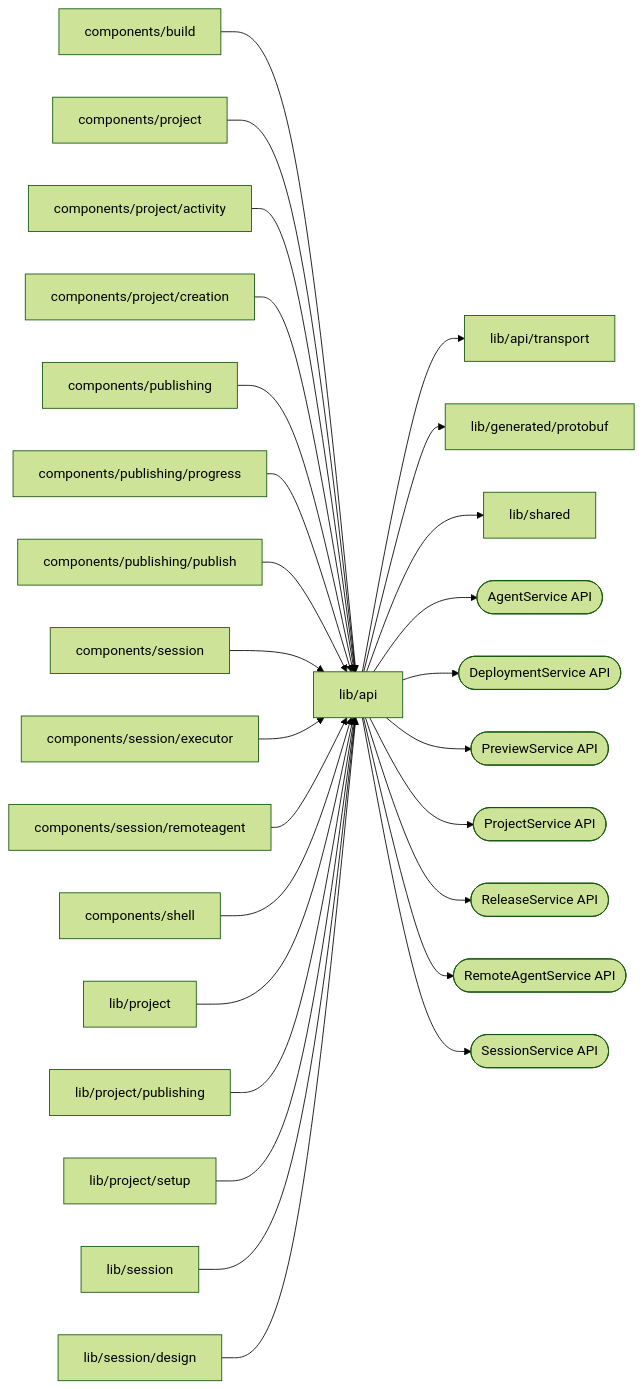
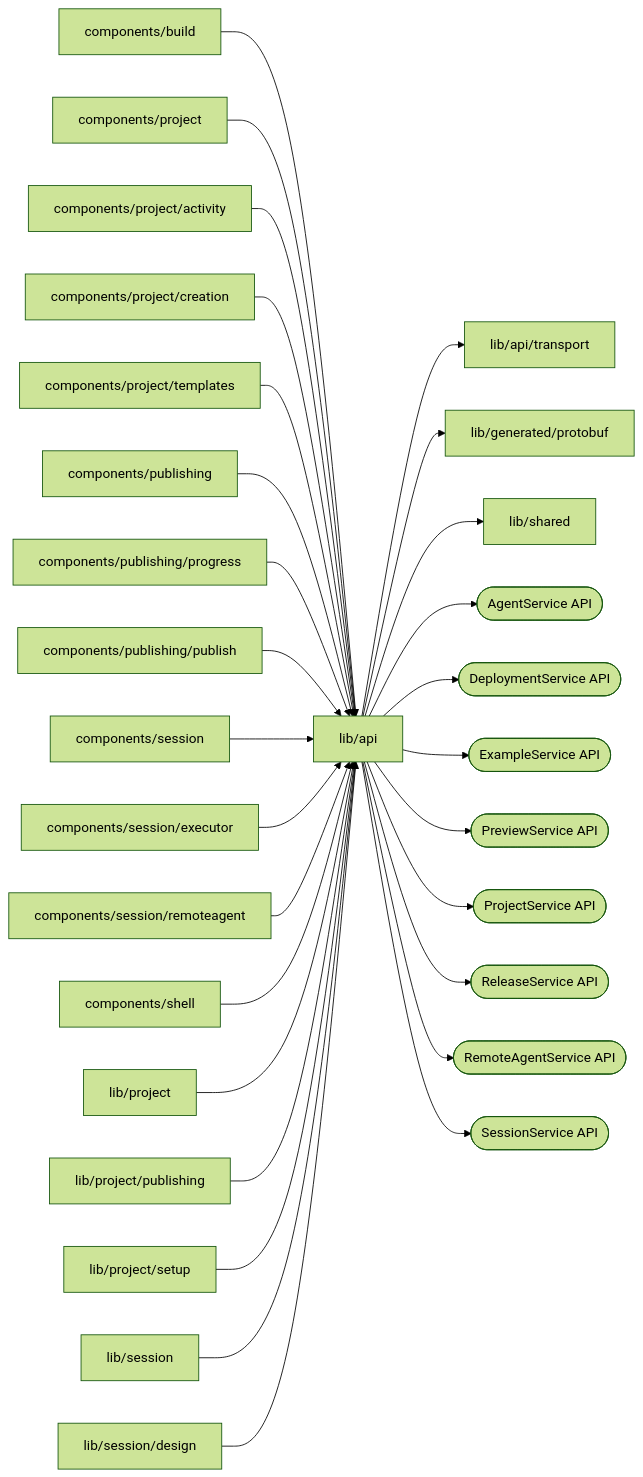
One commit to superdurable/superverse changed the diagram in web/studio/lib/api/README.md. Above: the diagram before and after it, drawn with Mermaid (forest theme). The commit also changed other lines of this file and 167 other files, not shown here.

First line of the commit message:
EXAMPLES: Start a Project from an embedded, tested example

````diff
--- a/web/studio/lib/api/README.md
+++ b/web/studio/lib/api/README.md
@@ -10,30 +10,32 @@
 ```mermaid
 flowchart LR
   self["lib/api"]
   c0["components/build"] --> self
   c1["components/project"] --> self
   c2["components/project/activity"] --> self
   c3["components/project/creation"] --> self
-  c4["components/publishing"] --> self
-  c5["components/publishing/progress"] --> self
-  c6["components/publishing/publish"] --> self
-  c7["components/session"] --> self
-  c8["components/session/executor"] --> self
-  c9["components/session/remoteagent"] --> self
-  c10["components/shell"] --> self
-  c11["lib/project"] --> self
-  c12["lib/project/publishing"] --> self
-  c13["lib/project/setup"] --> self
-  c14["lib/session"] --> self
-  c15["lib/session/design"] --> self
+  c4["components/project/templates"] --> self
+  c5["components/publishing"] --> self
+  c6["components/publishing/progress"] --> self
+  c7["components/publishing/publish"] --> self
+  c8["components/session"] --> self
+  c9["components/session/executor"] --> self
+  c10["components/session/remoteagent"] --> self
+  c11["components/shell"] --> self
+  c12["lib/project"] --> self
+  c13["lib/project/publishing"] --> self
+  c14["lib/project/setup"] --> self
+  c15["lib/session"] --> self
+  c16["lib/session/design"] --> self
   self --> d0["lib/api/transport"]
   self --> d1["lib/generated/protobuf"]
   self --> d2["lib/shared"]
   self --> e0(["AgentService API"])
   self --> e1(["DeploymentService API"])
-  self --> e2(["PreviewService API"])
-  self --> e3(["ProjectService API"])
-  self --> e4(["ReleaseService API"])
-  self --> e5(["RemoteAgentService API"])
-  self --> e6(["SessionService API"])
+  self --> e2(["ExampleService API"])
+  self --> e3(["PreviewService API"])
+  self --> e4(["ProjectService API"])
+  self --> e5(["ReleaseService API"])
+  self --> e6(["RemoteAgentService API"])
+  self --> e7(["SessionService API"])
 ```
````
